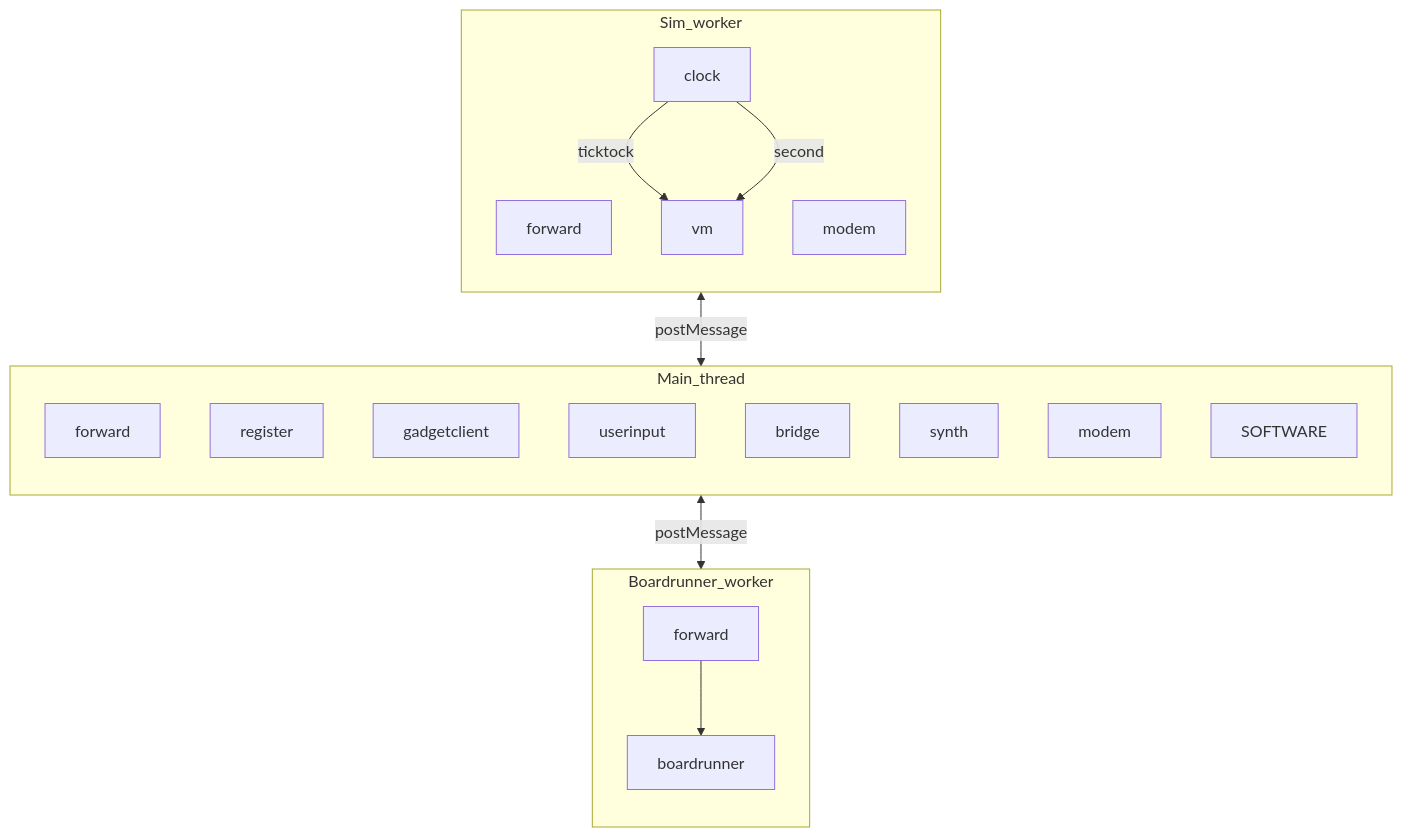
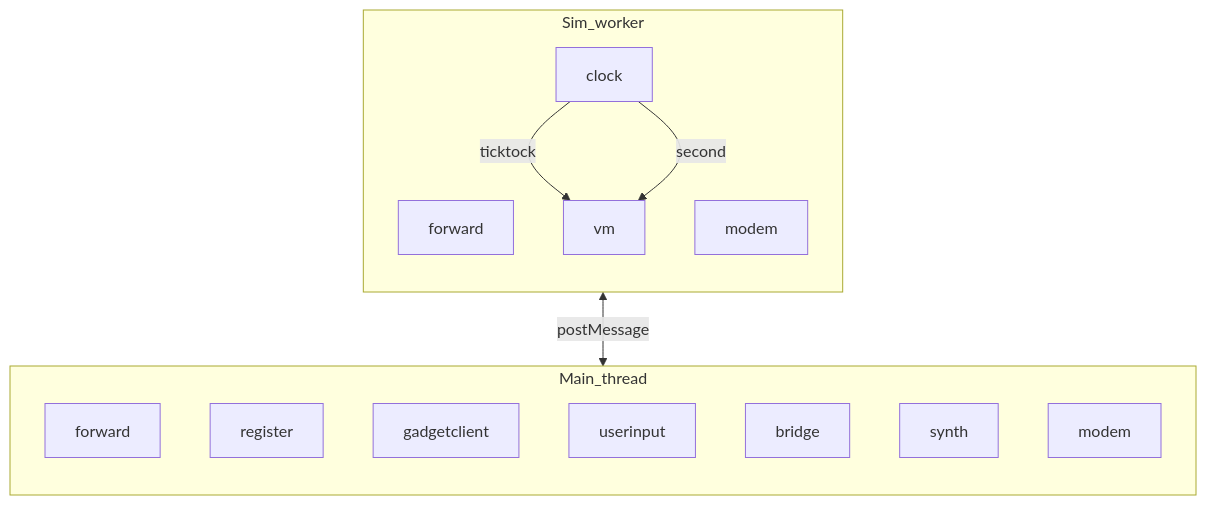
One commit to goldbuick/zed-software-system changed the second of 3 diagrams in zss/device/docs/devices-and-messaging.mdx. Above: the diagram before and after it, drawn with Mermaid. The commit also changed other lines of this file and 340 other files, not shown here.

````diff
--- a/zss/device/docs/devices-and-messaging.mdx
+++ b/zss/device/docs/devices-and-messaging.mdx
@@ -125,31 +100,23 @@
 ```mermaid
 flowchart TB
   subgraph Sim_worker [Sim_worker]
     direction TB
     Fw[forward]
     Cl[clock]
     VM[vm]
     MdW[modem]
     Cl -->|ticktock| VM
     Cl -->|second| VM
   end
   subgraph Main_thread [Main_thread]
     direction TB
     Fm[forward]
     Reg[register]
     GC[gadgetclient]
     UI[userinput]
     Brm[bridge]
     Sy[synth]
     MdM[modem]
-    SW[SOFTWARE]
-  end
-  subgraph Boardrunner_worker [Boardrunner_worker]
-    direction TB
-    Fb[forward]
-    Brd[boardrunner]
   end
   Fw <-->|postMessage| Fm
-  Fm <-->|postMessage| Fb
-  Fb --> Brd
 ```
````
